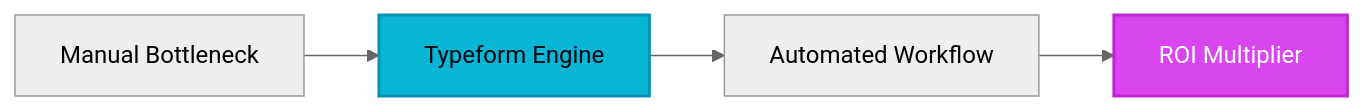
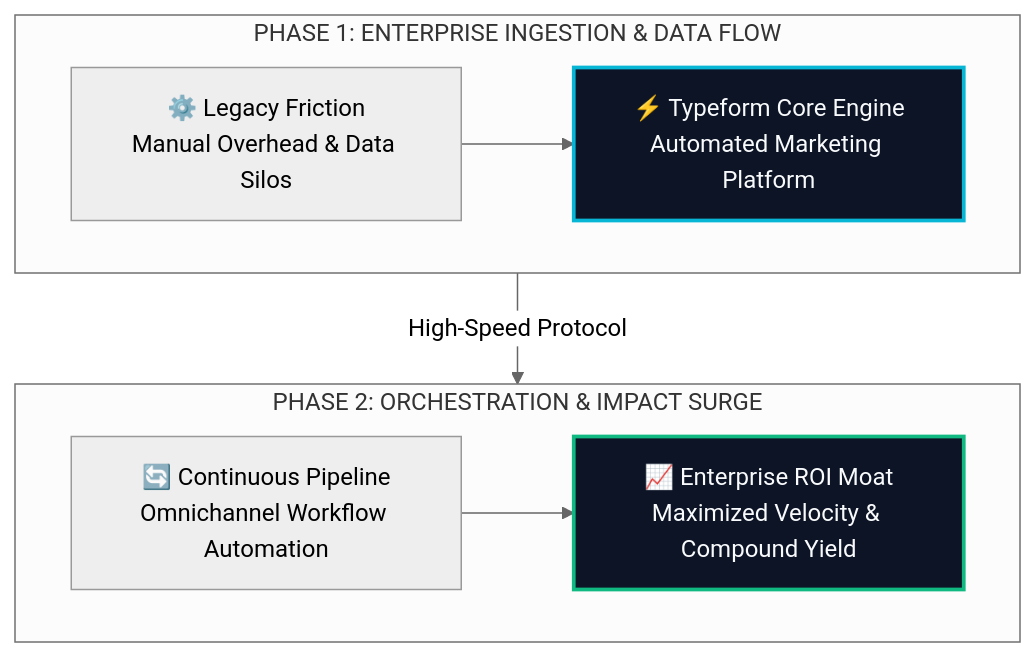
The diagram in site/src/content/blog/typeform-evolution-guide-2026.md (heliatech-media/saas-radar), drawn with Mermaid (neutral theme) before and after one commit. The commit also changed 97 other files, not shown here.

First line of the commit message:
feat(diagrams): upgrade all article architecture schemas to high-impact 2-tier responsive vector blueprints

````diff
--- a/site/src/content/blog/typeform-evolution-guide-2026.md
+++ b/site/src/content/blog/typeform-evolution-guide-2026.md
@@ -55,8 +55,14 @@
 ```mermaid
-flowchart LR
-    A[Manual Bottleneck] --> B[Typeform Engine]
-    B --> C[Automated Workflow]
-    C --> D[ROI Multiplier]
-    style B fill:#06b6d4,stroke:#0891b2,stroke-width:2px,color:#030712
-    style D fill:#d946ef,stroke:#c026d3,stroke-width:2px,color:#ffffff
+flowchart TD
+    subgraph S1["PHASE 1: ENTERPRISE INGESTION & DATA FLOW"]
+        direction LR
+        A["⚙️ Legacy Friction<br/>Manual Overhead & Data Silos"] --> B["⚡ Typeform Core Engine<br/>Automated Marketing Platform"]
+    end
+    subgraph S2["PHASE 2: ORCHESTRATION & IMPACT SURGE"]
+        direction LR
+        C["🔄 Continuous Pipeline<br/>Omnichannel Workflow Automation"] --> D["📈 Enterprise ROI Moat<br/>Maximized Velocity & Compound Yield"]
+    end
+    S1 -->|High-Speed Protocol| S2
+    style B fill:#0c1425,stroke:#06b6d4,stroke-width:2.5px,color:#f8fafc
+    style D fill:#0c1425,stroke:#10b981,stroke-width:2.5px,color:#f8fafc
 ```
````
